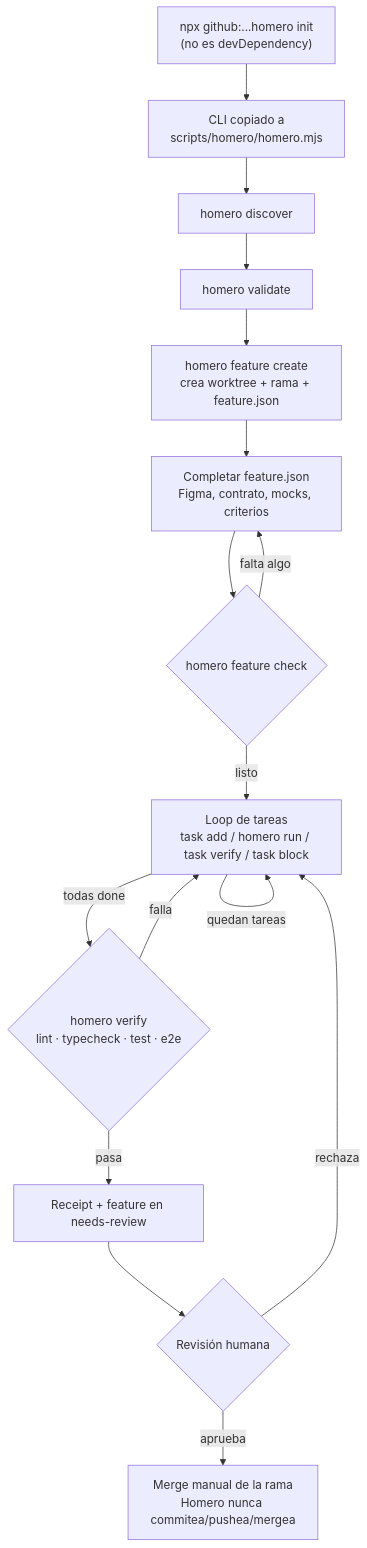
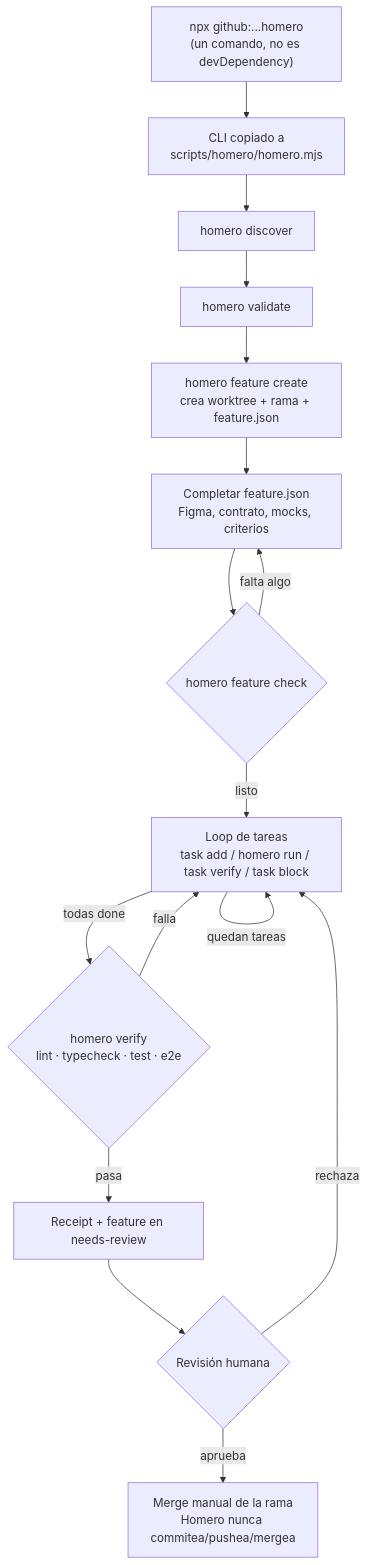
One commit to DanielRamosValenzuela/homero changed the first of 3 diagrams in README.md. Above: the diagram before and after it, drawn with Mermaid. The commit also changed other lines of this file and 3 other files, not shown here.

````diff
--- a/README.md
+++ b/README.md
@@ -15,18 +15,18 @@
 ```mermaid
 flowchart TD
-    A["npx github:...homero init<br/>(no es devDependency)"] --> B["CLI copiado a<br/>scripts/homero/homero.mjs"]
+    A["npx github:...homero<br/>(un comando, no es devDependency)"] --> B["CLI copiado a<br/>scripts/homero/homero.mjs"]
     B --> C["homero discover"]
     C --> D["homero validate"]
     D --> E["homero feature create<br/>crea worktree + rama + feature.json"]
     E --> F["Completar feature.json<br/>Figma, contrato, mocks, criterios"]
     F --> G{"homero feature check"}
     G -- "falta algo" --> F
     G -- "listo" --> H["Loop de tareas<br/>task add / homero run / task verify / task block"]
     H -- "quedan tareas" --> H
     H -- "todas done" --> I{"homero verify<br/>lint · typecheck · test · e2e"}
     I -- "falla" --> H
     I -- "pasa" --> J["Receipt + feature en needs-review"]
     J --> K{"Revisión humana"}
     K -- "rechaza" --> H
     K -- "aprueba" --> L["Merge manual de la rama<br/>Homero nunca commitea/pushea/mergea"]
 ```
````
